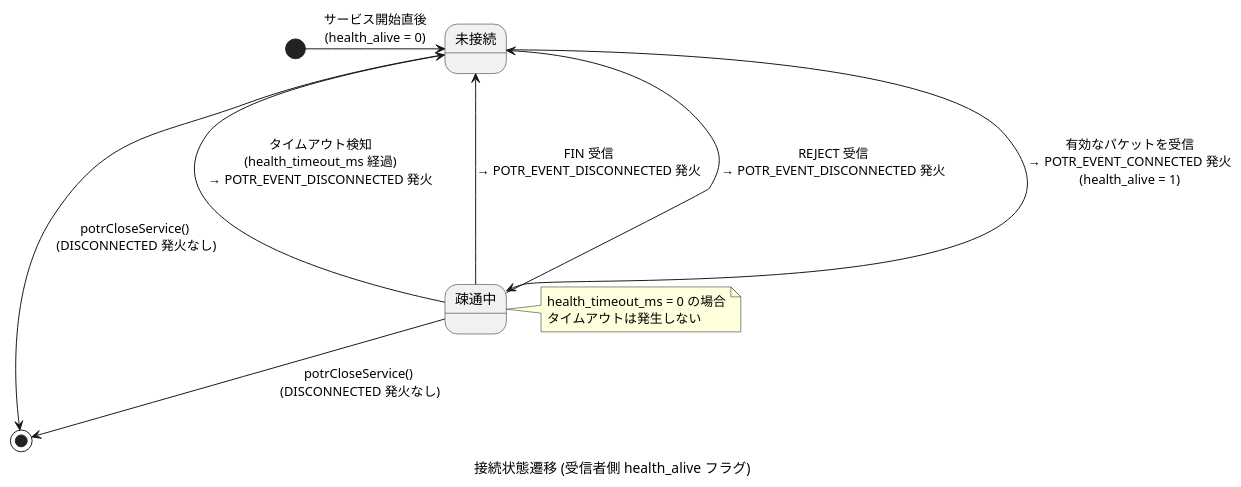
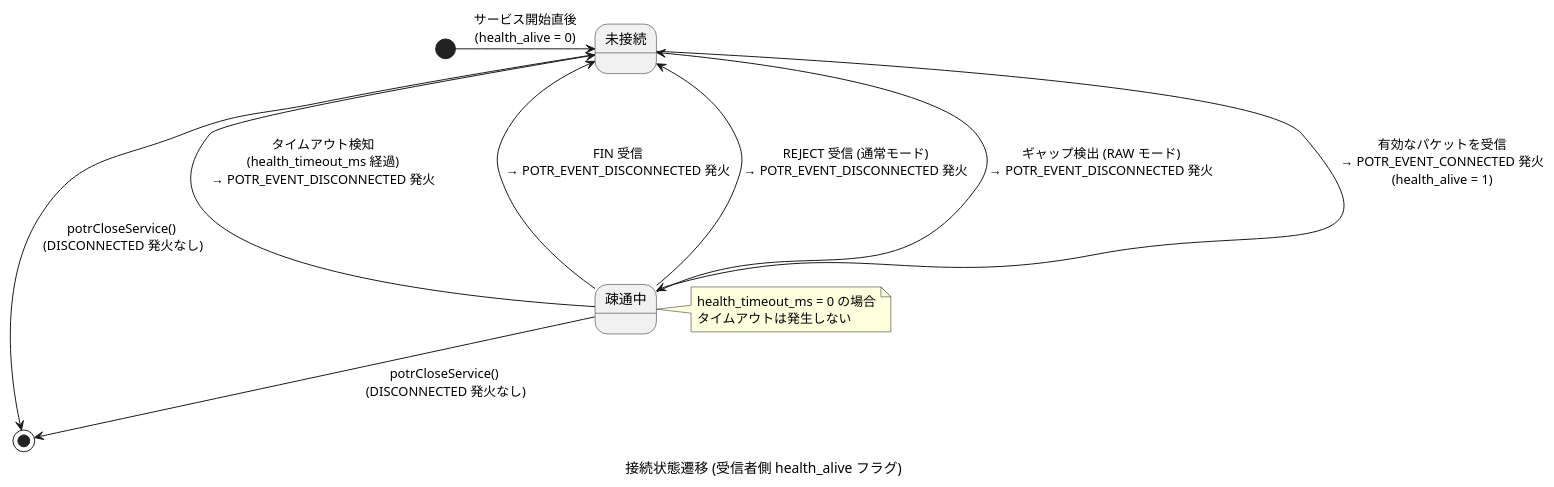
Diagram 14 of 14 in prod/porter/docs/sequence.md (Hondarer/c-modernization-kit), drawn with PlantUML before and after one commit. The commit also changed other lines of this file and 14 other files, not shown here.

````diff
--- a/prod/porter/docs/sequence.md
+++ b/prod/porter/docs/sequence.md
@@ -425,24 +494,26 @@
 ```plantuml
 @startuml 接続状態遷移 (受信者側 health_alive フラグ)
 caption 接続状態遷移 (受信者側 health_alive フラグ)
 
 [*] -r-> 未接続 : サービス開始直後\n(health_alive = 0)
 
 未接続 ---> 疎通中 : 有効なパケットを受信\n→ POTR_EVENT_CONNECTED 発火\n(health_alive = 1)
 
 疎通中 ---> 未接続 : タイムアウト検知\n (health_timeout_ms 経過) \n→ POTR_EVENT_DISCONNECTED 発火
 
 疎通中 --> 未接続 : FIN 受信\n→ POTR_EVENT_DISCONNECTED 発火
 
-疎通中 --> 未接続 : REJECT 受信\n→ POTR_EVENT_DISCONNECTED 発火
+疎通中 --> 未接続 : REJECT 受信 (通常モード)\n→ POTR_EVENT_DISCONNECTED 発火
+
+疎通中 --> 未接続 : ギャップ検出 (RAW モード)\n→ POTR_EVENT_DISCONNECTED 発火
 
 未接続 --> [*] : potrCloseService()\n (DISCONNECTED 発火なし)
 疎通中 --> [*] : potrCloseService()\n (DISCONNECTED 発火なし)
 
 note right of 疎通中
   health_timeout_ms = 0 の場合
   タイムアウトは発生しない
 end note
 
 @enduml
 ```
````
